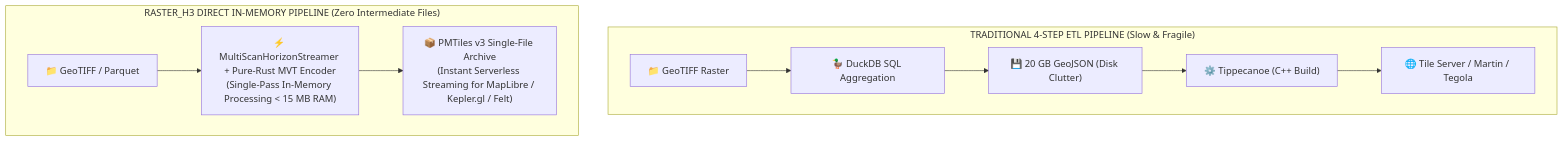
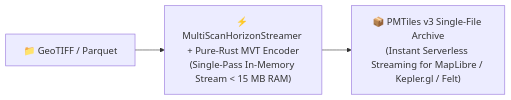
Before and after one commit to dmuldrew/raster_h3: the second of 3 diagrams in README.md, drawn with Mermaid. The commit also changed other lines of this file, not shown here.

````diff
--- a/README.md
+++ b/README.md
@@ -540,16 +550,5 @@
 ```mermaid
-flowchart TD
-    subgraph Traditional ["TRADITIONAL 4-STEP ETL PIPELINE (Slow & Fragile)"]
-        direction LR
-        T1["📁 GeoTIFF Raster"] --> T2["🦆 DuckDB SQL Aggregation"]
-        T2 --> T3["💾 20 GB GeoJSON (Disk Clutter)"]
-        T3 --> T4["⚙️ Tippecanoe (C++ Build)"]
-        T4 --> T5["🌐 Tile Server / Martin / Tegola"]
-    end
-
-    subgraph RasterH3 ["RASTER_H3 DIRECT IN-MEMORY PIPELINE (Zero Intermediate Files)"]
-        direction LR
-        R1["📁 GeoTIFF / Parquet"] --> R2["⚡ MultiScanHorizonStreamer + Pure-Rust MVT Encoder\n(Single-Pass In-Memory Processing < 15 MB RAM)"]
-        R2 --> R3["📦 PMTiles v3 Single-File Archive\n(Instant Serverless Streaming for MapLibre / Kepler.gl / Felt)"]
-    end
+flowchart LR
+    R1["📁 GeoTIFF / Parquet"] --> R2["⚡ MultiScanHorizonStreamer + Pure-Rust MVT Encoder\n(Single-Pass In-Memory Stream < 15 MB RAM)"]
+    R2 --> R3["📦 PMTiles v3 Single-File Archive\n(Instant Serverless Streaming for MapLibre / Kepler.gl / Felt)"]
 ```
````
